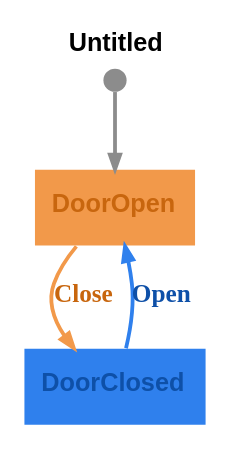
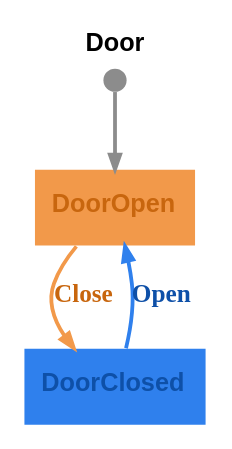
One commit to m-bock/purescript-transit changed the diagram in graphs/door.dot. Above: the diagram before and after it, drawn with Graphviz. The commit also changed 13 other files, not shown here.

Commit message:
Refactor graph generation functions: update writeToFile functions to accept options as the first parameter, modify example usages in Door and ColorRing, and enhance graph attributes with titles. Remove unused color-test files.

```diff
--- a/graphs/door.dot
+++ b/graphs/door.dot
@@ -1,10 +1,10 @@
 digraph 
 {
-rankdir = "TD";fontname = "Arial";label = <<b>Untitled</b>>;labelloc = "t";fontsize = 12
+rankdir = "TD";fontname = "Arial";label = <<b>Door</b>>;labelloc = "t";fontsize = 12
 DoorOpen [shape = "box", label = <<b>DoorOpen</b>>, fontsize = 12, style = "filled", fillcolor = "#f2994a", fontcolor = "#c8660e", fontname = "Arial", labelloc = "c", penwidth = 0.0]
 __Start__ [shape = "circle", label = "", width = 0.15, height = 0.15, fixedsize = true, style = "filled", fillcolor = "#8c8c8c", penwidth = 0.0]
 __Start__ -> DoorOpen [color = "#8c8c8c", fontsize = 12, arrowsize = "0.7", penwidth = 1.8]
 DoorOpen -> DoorClosed [color = "#f2994a", fontcolor = "#c8660e", fontsize = 12, arrowsize = "0.7", label = <<b>Close</b>>, penwidth = 1.8]
 DoorClosed [shape = "box", label = <<b>DoorClosed</b>>, fontsize = 12, style = "filled", fillcolor = "#2f80ed", fontcolor = "#0e50a8", fontname = "Arial", labelloc = "c", penwidth = 0.0]
 DoorClosed -> DoorOpen [color = "#2f80ed", fontcolor = "#0e50a8", fontsize = 12, arrowsize = "0.7", label = <<b>Open</b>>, penwidth = 1.8]
 }
```
